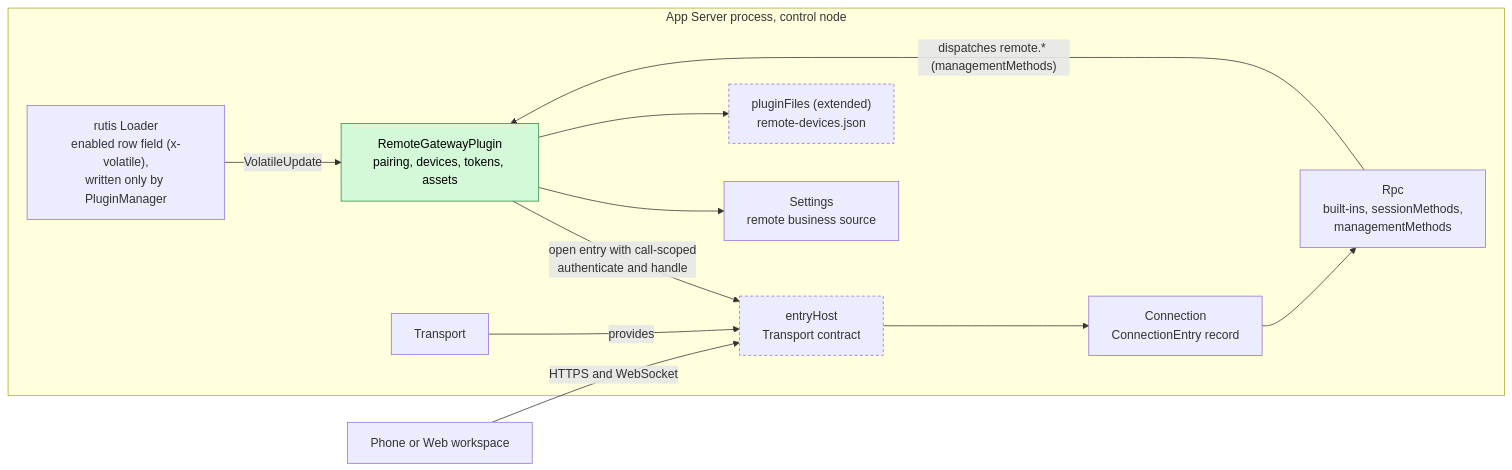
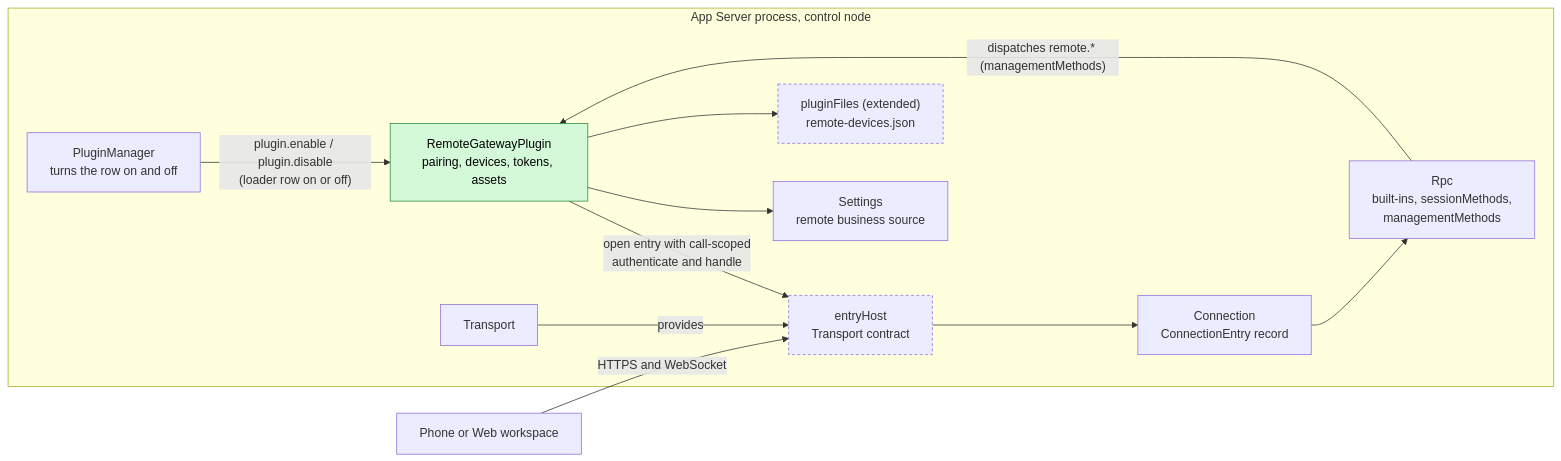
Before and after one commit to CoutinhoTTS/dim-agent: the first of 6 diagrams in docs/design/plugins/RemoteGateway.md, drawn with Mermaid. The commit also changed other lines of this file and 8 other files, not shown here.

First line of the commit message:
docs(plugins): turn RemoteGateway on and off as a plugin

````diff
--- a/docs/design/plugins/RemoteGateway.md
+++ b/docs/design/plugins/RemoteGateway.md
@@ -11,25 +11,25 @@
 ```mermaid
 flowchart LR
   subgraph P["App Server process, control node"]
     RG["RemoteGatewayPlugin<br/>pairing, devices, tokens, assets"]:::new
     EH["entryHost<br/>Transport contract"]:::contract
     TR["Transport"]
     CONN["Connection<br/>ConnectionEntry record"]
     RPC["Rpc<br/>built-ins, sessionMethods,<br/>managementMethods"]
     SET["Settings<br/>remote business source"]
-    LDR["rutis Loader<br/>enabled row field (x-volatile),<br/>written only by PluginManager"]
+    PM["PluginManager<br/>turns the row on and off"]
     PST["pluginFiles (extended)<br/>remote-devices.json"]:::contract
   end
   DEV["Phone or Web workspace"]
   DEV -->|"HTTPS and WebSocket"| EH
   RG -->|"open entry with call-scoped<br/>authenticate and handle"| EH
   TR -->|"provides"| EH
   EH --> CONN
   CONN --> RPC
   RPC -->|"dispatches remote.* (managementMethods)"| RG
   RG --> SET
-  LDR -->|"VolatileUpdate"| RG
+  PM -->|"plugin.enable / plugin.disable<br/>(loader row on or off)"| RG
   RG --> PST
   classDef new fill:#d3f9d8,stroke:#2b8a3e,color:#000
   classDef contract stroke-dasharray:4 3
 ```
````
